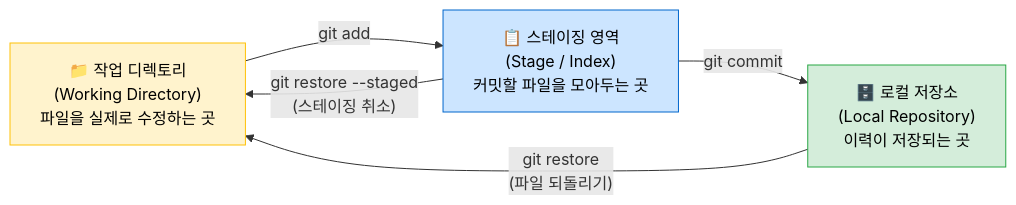
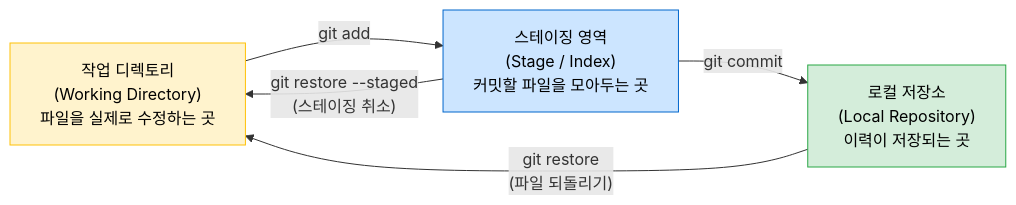
Before and after one commit to tokhun2002/A.R.M.S.-Anti-drone-Reusable-Modular-System-: the diagram in SW/HOW_TO_GIT.md, drawn with Mermaid. The commit also changed other lines of this file, not shown here.

Commit message:
docs: update how to git

````diff
--- a/SW/HOW_TO_GIT.md
+++ b/SW/HOW_TO_GIT.md
@@ -109,15 +109,15 @@
 ```mermaid
 flowchart LR
-    WD["📁 작업 디렉토리<br/>(Working Directory)<br/>파일을 실제로 수정하는 곳"]
-    ST["📋 스테이징 영역<br/>(Stage / Index)<br/>커밋할 파일을 모아두는 곳"]
-    LR["🗄️ 로컬 저장소<br/>(Local Repository)<br/>이력이 저장되는 곳"]
+    WD["작업 디렉토리<br/>(Working Directory)<br/>파일을 실제로 수정하는 곳"]
+    ST["스테이징 영역<br/>(Stage / Index)<br/>커밋할 파일을 모아두는 곳"]
+    LR["로컬 저장소<br/>(Local Repository)<br/>이력이 저장되는 곳"]
 
     WD -->|"git add"| ST
     ST -->|"git restore --staged<br/>(스테이징 취소)"| WD
     ST -->|"git commit"| LR
     LR -->|"git restore<br/>(파일 되돌리기)"| WD
 
     style WD fill:#fff3cd,stroke:#ffc107,color:#000
     style ST fill:#cce5ff,stroke:#0066cc,color:#000
     style LR fill:#d4edda,stroke:#28a745,color:#000
 ```
````
